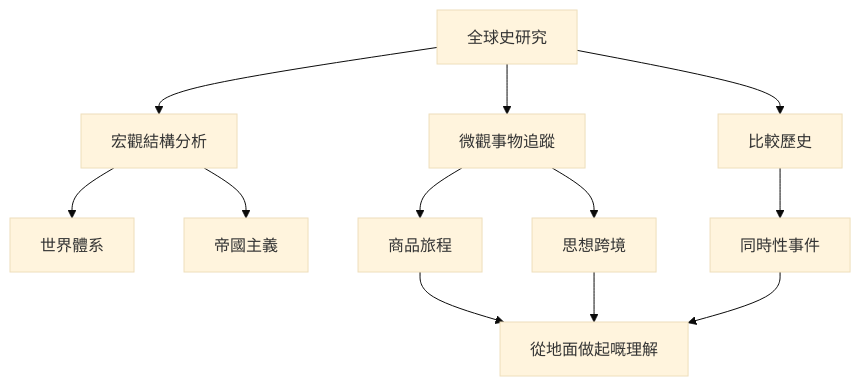
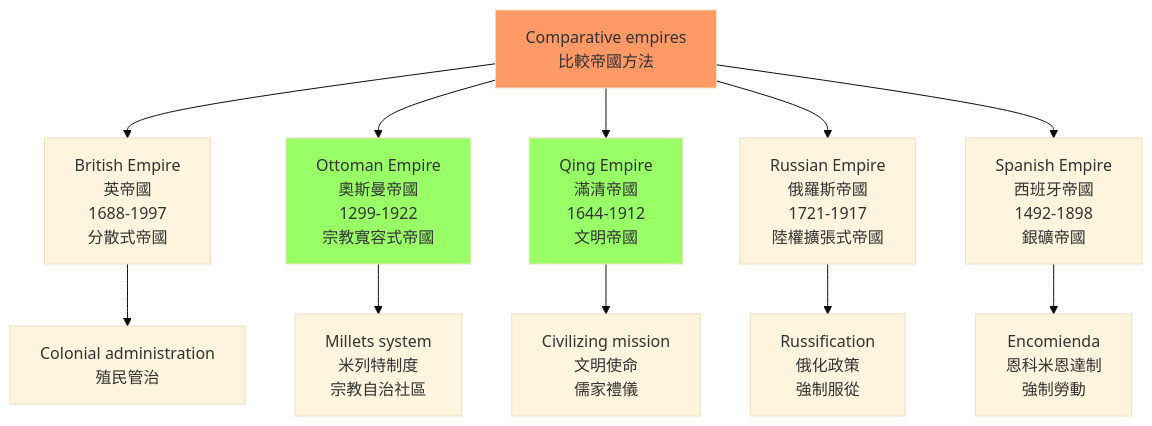
Before and after one commit to yip-lgtm/HKU-Harvard-History-Self-Study: the second of 5 diagrams in 01_HKU_Courses/HIST2233_Globalizing_History.md, drawn with Mermaid (base theme). The commit also changed other lines of this file and 8 other files, not shown here.

````diff
--- a/01_HKU_Courses/HIST2233_Globalizing_History.md
+++ b/01_HKU_Courses/HIST2233_Globalizing_History.md
@@ -317,14 +154,18 @@
 ```mermaid
-flowchart TD
-    A[全球史研究] --> B[宏觀結構分析]
-    A --> C[微觀事物追蹤]
-    A --> D[比較歷史]
-    B --> E[世界體系]
-    B --> F[帝國主義]
-    C --> G[商品旅程]
-    C --> H[思想跨境]
-    D --> I[同時性事件]
-    G --> J[從地面做起嘅理解]
-    H --> J
-    I --> J
+graph TD
+    A[Comparative empires<br/>比較帝國方法] --> B[British Empire<br/>英帝國<br/>1688-1997<br/>分散式帝國]
+    A --> C[Ottoman Empire<br/>奧斯曼帝國<br/>1299-1922<br/>宗教寬容式帝國]
+    A --> D[Qing Empire<br/>滿清帝國<br/>1644-1912<br/>文明帝國]
+    A --> E[Russian Empire<br/>俄羅斯帝國<br/>1721-1917<br/>陸權擴張式帝國]
+    A --> F[Spanish Empire<br/>西班牙帝國<br/>1492-1898<br/>銀礦帝國]
+    
+    B --> G[Colonial administration<br/>殖民管治]
+    C --> H[Millets system<br/>米列特制度<br/>宗教自治社區]
+    D --> I[Civilizing mission<br/>文明使命<br/>儒家禮儀]
+    E --> J[Russification<br/>俄化政策<br/>強制服從]
+    F --> K[Encomienda<br/>恩科米恩達制<br/>強制勞動]
+    
+    style A fill:#f96
+    style C fill:#9f6
+    style D fill:#9f6
 ```
````
